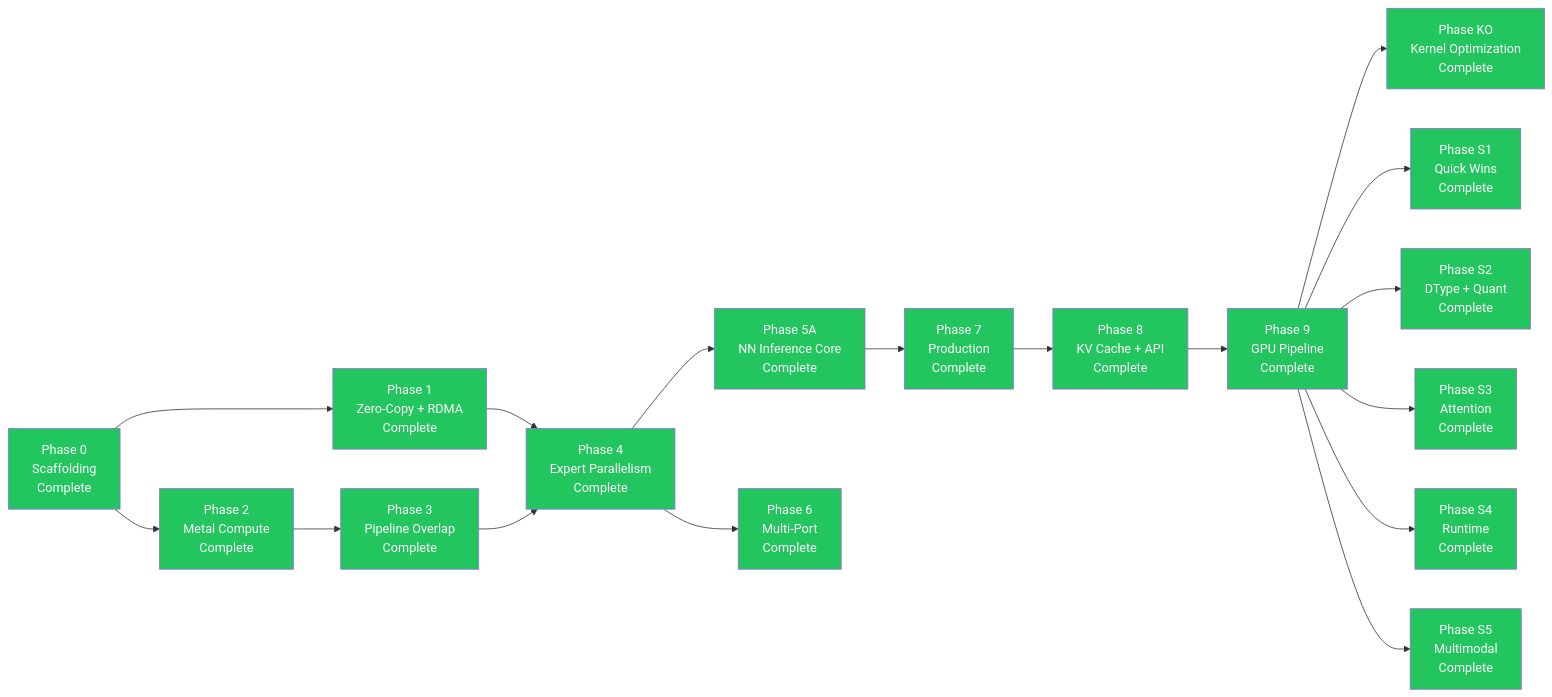
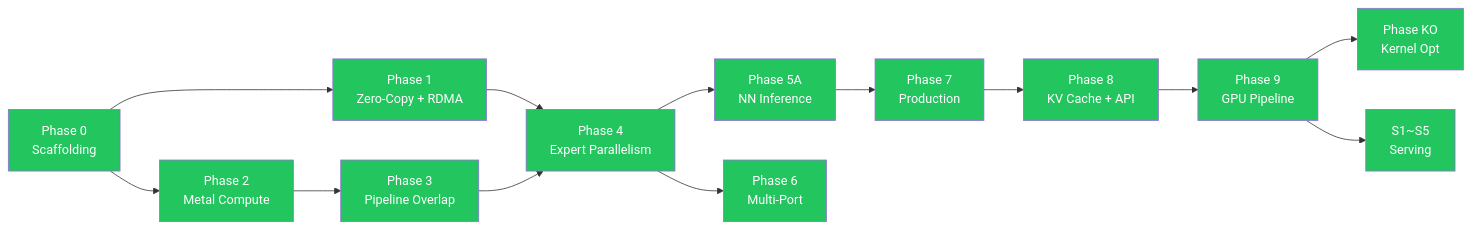
One commit to 0xDaizz/RMLX changed the diagram in docs/roadmap/phases.md. Above: the diagram before and after it, drawn with Mermaid. The commit also changed other lines of this file and 6 other files, not shown here.

````diff
--- a/docs/roadmap/phases.md
+++ b/docs/roadmap/phases.md
@@ -187,55 +189,42 @@
 ```mermaid
 graph LR
-    P0["Phase 0<br/>Scaffolding<br/>Complete"]
-    P1["Phase 1<br/>Zero-Copy + RDMA<br/>Complete"]
-    P2["Phase 2<br/>Metal Compute<br/>Complete"]
-    P3["Phase 3<br/>Pipeline Overlap<br/>Complete"]
-    P4["Phase 4<br/>Expert Parallelism<br/>Complete"]
-    P5A["Phase 5A<br/>NN Inference Core<br/>Complete"]
-    P6["Phase 6<br/>Multi-Port<br/>Complete"]
-    P7["Phase 7<br/>Production<br/>Complete"]
-    P8["Phase 8<br/>KV Cache + API<br/>Complete"]
-    P9["Phase 9<br/>GPU Pipeline<br/>Complete"]
-    PKO["Phase KO<br/>Kernel Optimization<br/>Complete"]
+    P0["Phase 0<br/>Scaffolding"]
+    P1["Phase 1<br/>Zero-Copy + RDMA"]
+    P2["Phase 2<br/>Metal Compute"]
+    P3["Phase 3<br/>Pipeline Overlap"]
+    P4["Phase 4<br/>Expert Parallelism"]
+    P5A["Phase 5A<br/>NN Inference"]
+    P6["Phase 6<br/>Multi-Port"]
+    P7["Phase 7<br/>Production"]
+    P8["Phase 8<br/>KV Cache + API"]
+    P9["Phase 9<br/>GPU Pipeline"]
+    PKO["Phase KO<br/>Kernel Opt"]
 
     P0 --> P1
     P0 --> P2
     P2 --> P3
     P1 --> P4
     P3 --> P4
     P4 --> P5A
     P4 --> P6
     P5A --> P7
     P7 --> P8
     P8 --> P9
     P9 --> PKO
 
-    PS1["Phase S1<br/>Quick Wins<br/>Complete"]
-    PS2["Phase S2<br/>DType + Quant<br/>Complete"]
-    PS3["Phase S3<br/>Attention<br/>Complete"]
-    PS4["Phase S4<br/>Runtime<br/>Complete"]
-    PS5["Phase S5<br/>Multimodal<br/>Complete"]
-
-    P9 --> PS1
-    P9 --> PS2
-    P9 --> PS3
-    P9 --> PS4
-    P9 --> PS5
+    PS["S1~S5<br/>Serving"]
+    P9 --> PS
 
     style P0 fill:#22c55e,color:#fff
     style P1 fill:#22c55e,color:#fff
     style P2 fill:#22c55e,color:#fff
     style P3 fill:#22c55e,color:#fff
     style P4 fill:#22c55e,color:#fff
     style P5A fill:#22c55e,color:#fff
     style P6 fill:#22c55e,color:#fff
     style P7 fill:#22c55e,color:#fff
     style P8 fill:#22c55e,color:#fff
     style P9 fill:#22c55e,color:#fff
     style PKO fill:#22c55e,color:#fff
-    style PS1 fill:#22c55e,color:#fff
-    style PS2 fill:#22c55e,color:#fff
-    style PS3 fill:#22c55e,color:#fff
-    style PS4 fill:#22c55e,color:#fff
-    style PS5 fill:#22c55e,color:#fff
+    style PS fill:#22c55e,color:#fff
 ```
````
